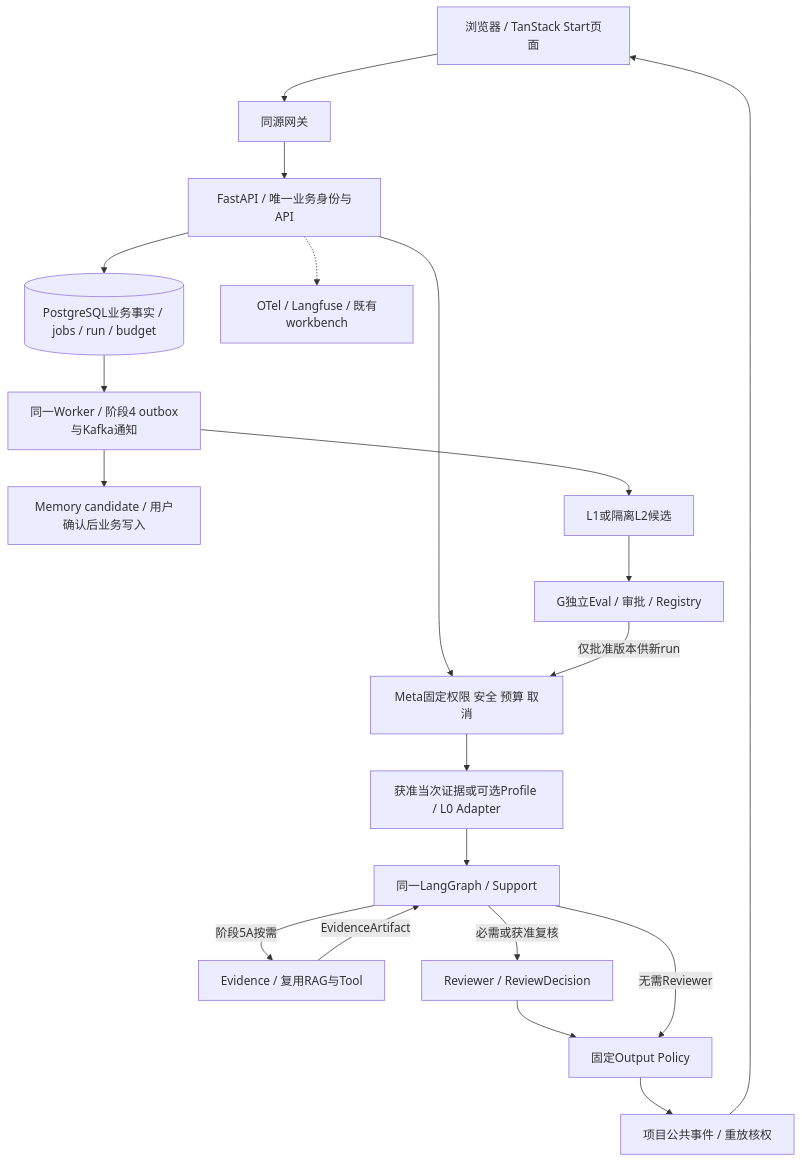
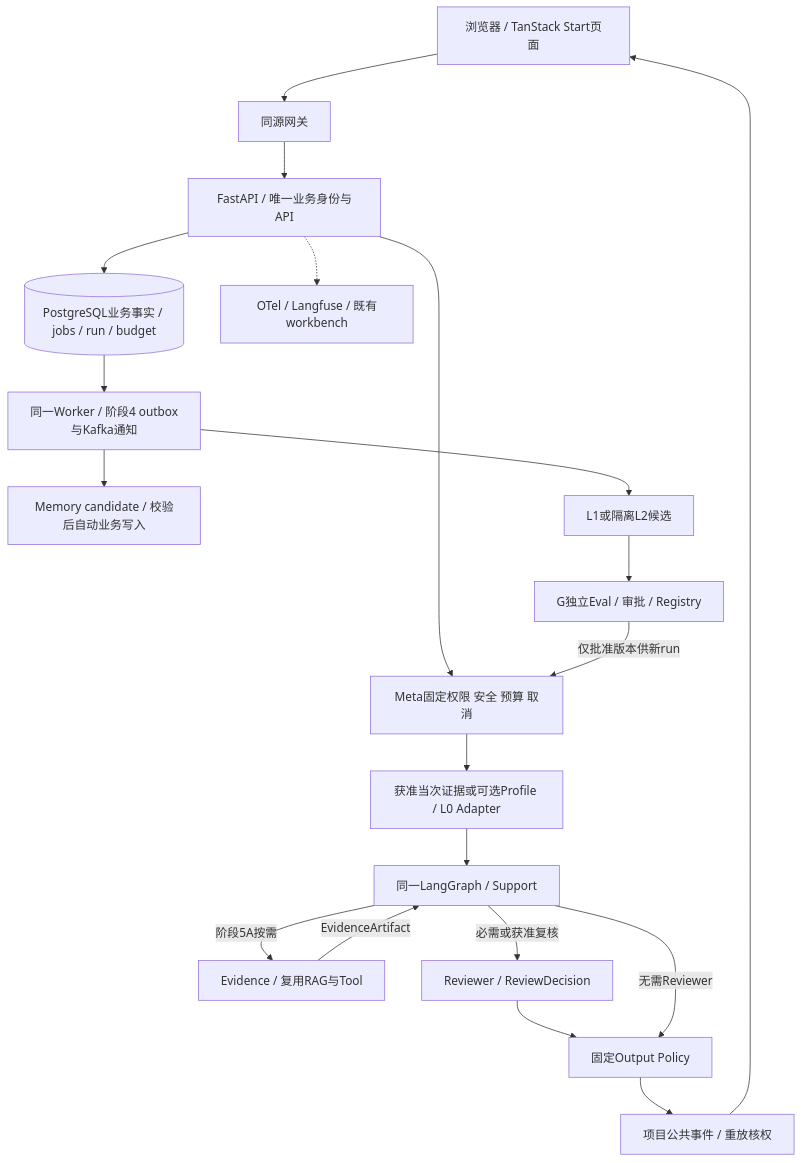
One commit to zhyupeee/PsyEvoAgent changed the second of 2 diagrams in PsyEvoAgent项目计划/阶段1/02-技术方案与实施计划.md. Above: the diagram before and after it, drawn with Mermaid. The commit also changed other lines of this file and 197 other files, not shown here.

````diff
--- a/PsyEvoAgent项目计划/阶段1/02-技术方案与实施计划.md
+++ b/PsyEvoAgent项目计划/阶段1/02-技术方案与实施计划.md
@@ -37,22 +39,22 @@
 ```mermaid
 flowchart TB
  B[浏览器 / TanStack Start页面] --> GW[同源网关]
  GW --> API[FastAPI / 唯一业务身份与API]
  API --> META[Meta固定权限 安全 预算 取消]
  META --> L0[获准当次证据或可选Profile / L0 Adapter]
  L0 --> LG[同一LangGraph / Support]
  LG -->|阶段5A按需| E[Evidence / 复用RAG与Tool]
  E -->|EvidenceArtifact| LG
  LG -->|必需或获准复核| REV[Reviewer / ReviewDecision]
  REV --> OUT[固定Output Policy]
  LG -->|无需Reviewer| OUT
  OUT --> SSE[项目公共事件 / 重放核权]
  SSE --> B
  API --> PG[(PostgreSQL业务事实 / jobs / run / budget)]
  PG --> JOB[同一Worker / 阶段4 outbox与Kafka通知]
- JOB --> MC[Memory candidate / 用户确认后业务写入]
+ JOB --> MC[Memory candidate / 校验后自动业务写入]
  JOB --> OPT[L1或隔离L2候选]
  OPT --> GE[G独立Eval / 审批 / Registry]
  GE -->|仅批准版本供新run| META
  API -.-> OBS[OTel / Langfuse / 既有workbench]
 ```
````
